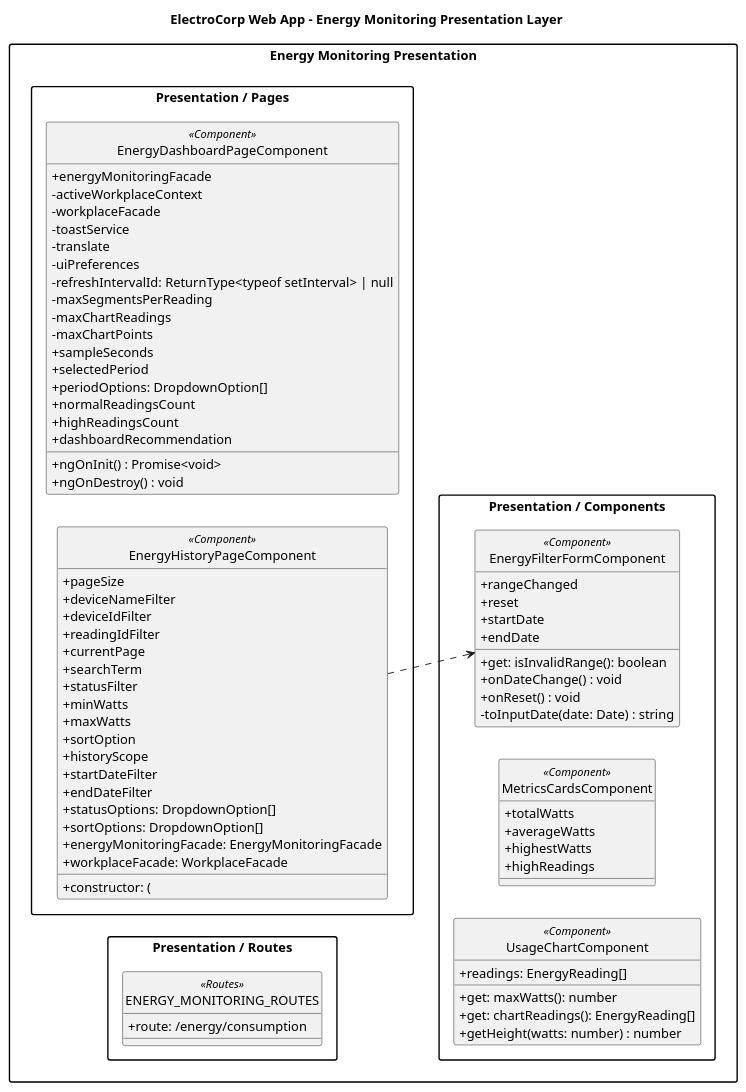
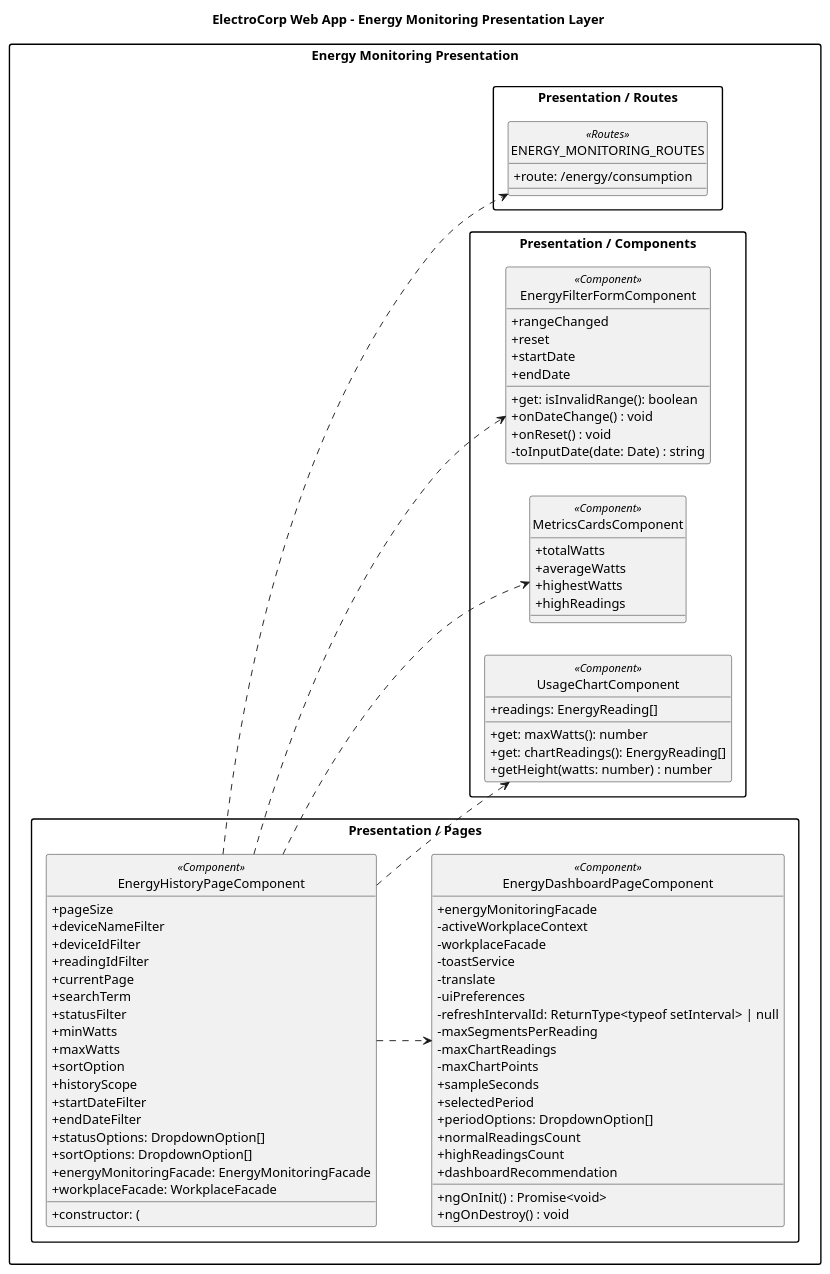
One commit to upc-pre-202610-1asi0729-11896-ecorp/electrocorp-report changed the diagram in docs/diagrams/class/frontend/presentation/frontend-presentation-energy-monitoring-diagram.puml. Above: the diagram before and after it, drawn with PlantUML. The commit also changed 17 other files, not shown here.

Commit message:
docs: connect frontend class diagram elements

```diff
--- a/docs/diagrams/class/frontend/presentation/frontend-presentation-energy-monitoring-diagram.puml
+++ b/docs/diagrams/class/frontend/presentation/frontend-presentation-energy-monitoring-diagram.puml
@@ -1,85 +1,91 @@
 @startuml
 title ElectroCorp Web App - Energy Monitoring Presentation Layer
 left to right direction
 skinparam packageStyle rectangle
 skinparam shadowing false
 skinparam classAttributeIconSize 0
 hide circle
 
 package "Energy Monitoring Presentation" {
   package "Presentation / Components" {
     class "EnergyFilterFormComponent" as FrontendPresentation_energy_monitoring_EnergyFilterFormComponent <<Component>> {
       + rangeChanged
       + reset
       + startDate
       + endDate
       + get: isInvalidRange(): boolean
       + onDateChange() : void
       + onReset() : void
       - toInputDate(date: Date) : string
     }
     class "MetricsCardsComponent" as FrontendPresentation_energy_monitoring_MetricsCardsComponent <<Component>> {
       + totalWatts
       + averageWatts
       + highestWatts
       + highReadings
     }
     class "UsageChartComponent" as FrontendPresentation_energy_monitoring_UsageChartComponent <<Component>> {
       + readings: EnergyReading[]
       + get: maxWatts(): number
       + get: chartReadings(): EnergyReading[]
       + getHeight(watts: number) : number
     }
   }
   package "Presentation / Pages" {
     class "EnergyDashboardPageComponent" as FrontendPresentation_energy_monitoring_EnergyDashboardPageComponent <<Component>> {
       + energyMonitoringFacade
       - activeWorkplaceContext
       - workplaceFacade
       - toastService
       - translate
       - uiPreferences
       - refreshIntervalId: ReturnType<typeof setInterval> | null
       - maxSegmentsPerReading
       - maxChartReadings
       - maxChartPoints
       + sampleSeconds
       + selectedPeriod
       + periodOptions: DropdownOption[]
       + normalReadingsCount
       + highReadingsCount
       + dashboardRecommendation
       + ngOnInit() : Promise<void>
       + ngOnDestroy() : void
     }
     class "EnergyHistoryPageComponent" as FrontendPresentation_energy_monitoring_EnergyHistoryPageComponent <<Component>> {
       + pageSize
       + deviceNameFilter
       + deviceIdFilter
       + readingIdFilter
       + currentPage
       + searchTerm
       + statusFilter
       + minWatts
       + maxWatts
       + sortOption
       + historyScope
       + startDateFilter
       + endDateFilter
       + statusOptions: DropdownOption[]
       + sortOptions: DropdownOption[]
       + constructor: (
       + energyMonitoringFacade: EnergyMonitoringFacade
       + workplaceFacade: WorkplaceFacade
     }
   }
   package "Presentation / Routes" {
     class "ENERGY_MONITORING_ROUTES" as FrontendPresentation_energy_monitoring_ENERGY_MONITORING_ROUTES <<Routes>> {
       + route: /energy/consumption
     }
   }
 }
 
 FrontendPresentation_energy_monitoring_EnergyHistoryPageComponent ..> FrontendPresentation_energy_monitoring_EnergyFilterFormComponent
 
+' Relationship completion: every declared type participates in the frontend diagram.
+FrontendPresentation_energy_monitoring_EnergyHistoryPageComponent ..> FrontendPresentation_energy_monitoring_MetricsCardsComponent
+FrontendPresentation_energy_monitoring_EnergyHistoryPageComponent ..> FrontendPresentation_energy_monitoring_UsageChartComponent
+FrontendPresentation_energy_monitoring_EnergyHistoryPageComponent ..> FrontendPresentation_energy_monitoring_EnergyDashboardPageComponent
+FrontendPresentation_energy_monitoring_EnergyHistoryPageComponent ..> FrontendPresentation_energy_monitoring_ENERGY_MONITORING_ROUTES
+
 @enduml
```
